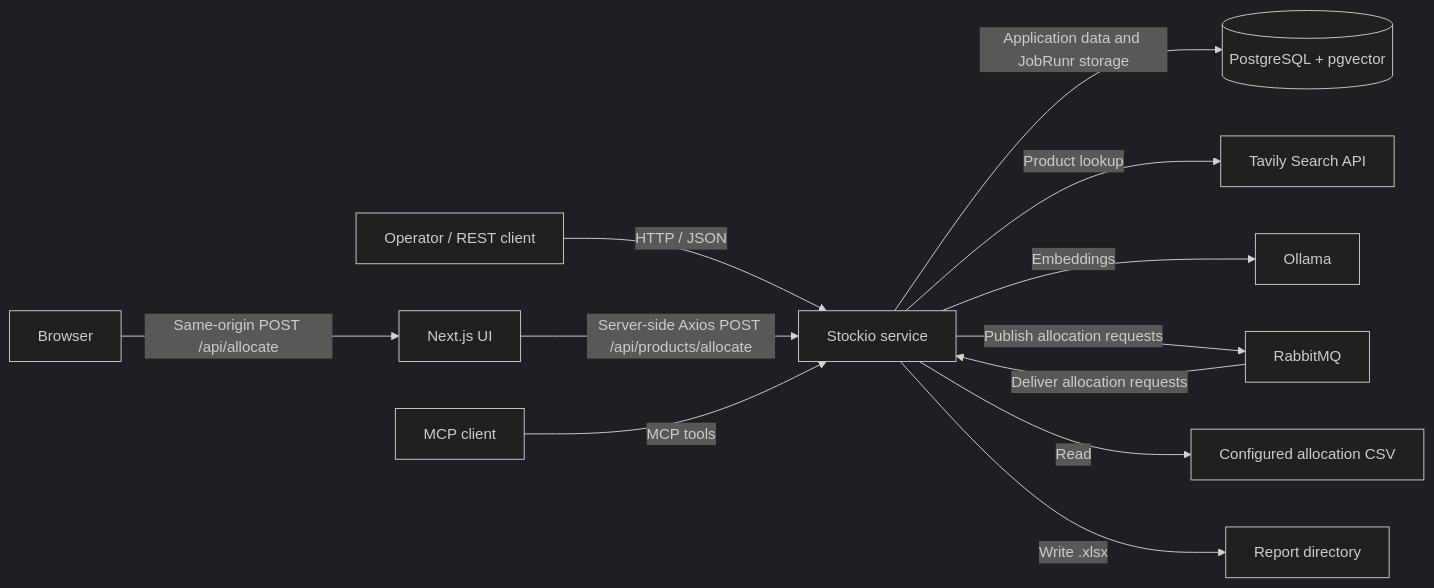
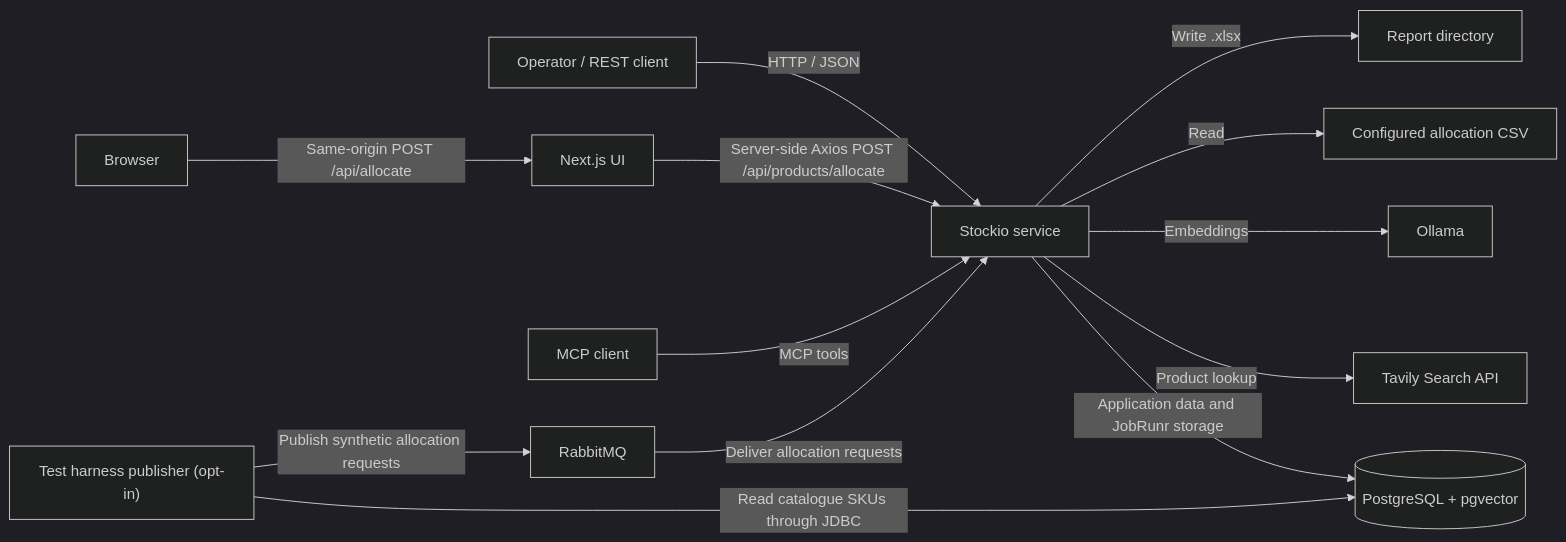
One commit to vriesjo/stockio changed the first of 15 diagrams in .github/memory/architecture.md. Above: the diagram before and after it, drawn with Mermaid (dark theme). The commit also changed other lines of this file and 30 other files, not shown here.

Commit message:
chore (test-harness) - feature-isolate-test-harness

````diff
--- a/.github/memory/architecture.md
+++ b/.github/memory/architecture.md
@@ -45,14 +46,15 @@
 ```mermaid
 flowchart LR
     Operator["Operator / REST client"] -->|"HTTP / JSON"| API["Stockio service"]
     Browser["Browser"] -->|"Same-origin POST /api/allocate"| UI["Next.js UI"]
     UI -->|"Server-side Axios POST /api/products/allocate"| API
     Agent["MCP client"] -->|"MCP tools"| API
     API -->|"Application data and JobRunr storage"| DB[("PostgreSQL + pgvector")]
     API -->|"Product lookup"| Tavily["Tavily Search API"]
     API -->|"Embeddings"| Ollama["Ollama"]
-    API -->|"Publish allocation requests"| Rabbit["RabbitMQ"]
+    Harness["Test harness publisher (opt-in)"] -->|"Read catalogue SKUs through JDBC"| DB
+    Harness -->|"Publish synthetic allocation requests"| Rabbit["RabbitMQ"]
     Rabbit -->|"Deliver allocation requests"| API
     API -->|"Read"| CSV["Configured allocation CSV"]
     API -->|"Write .xlsx"| Reports["Report directory"]
 ```
````
